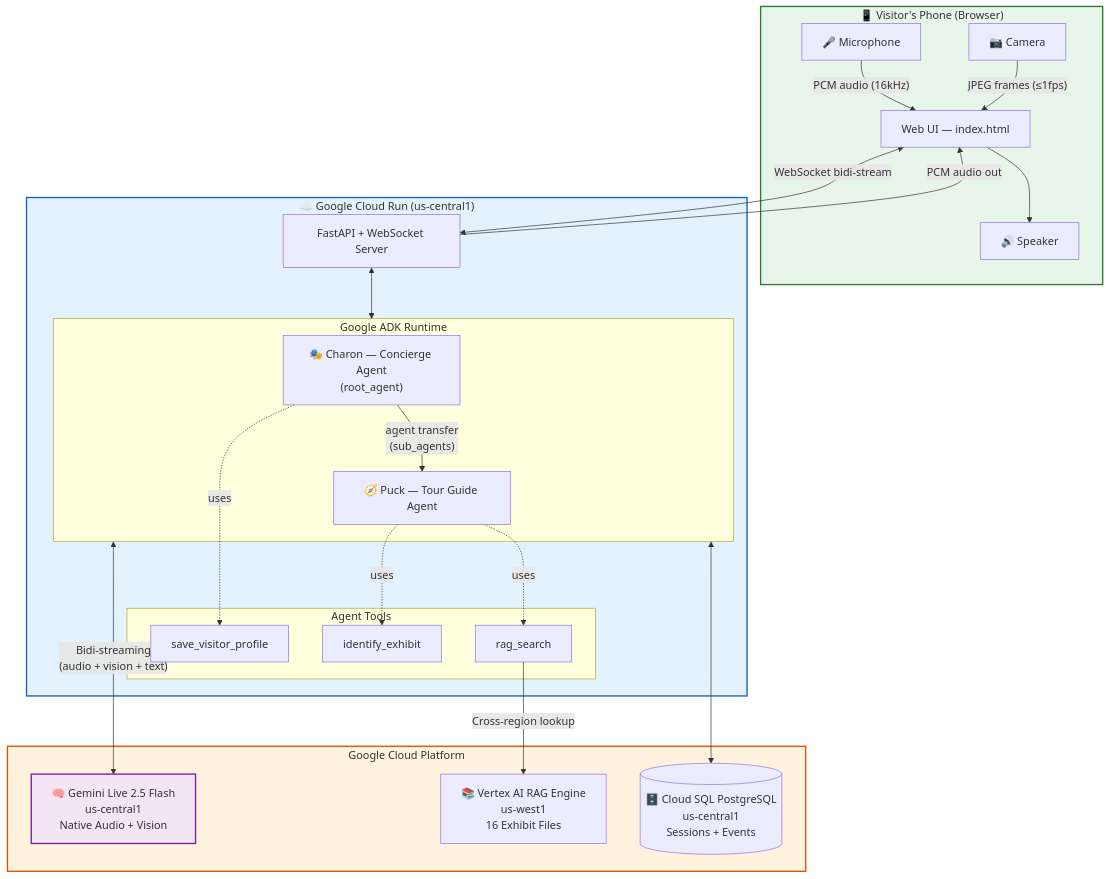
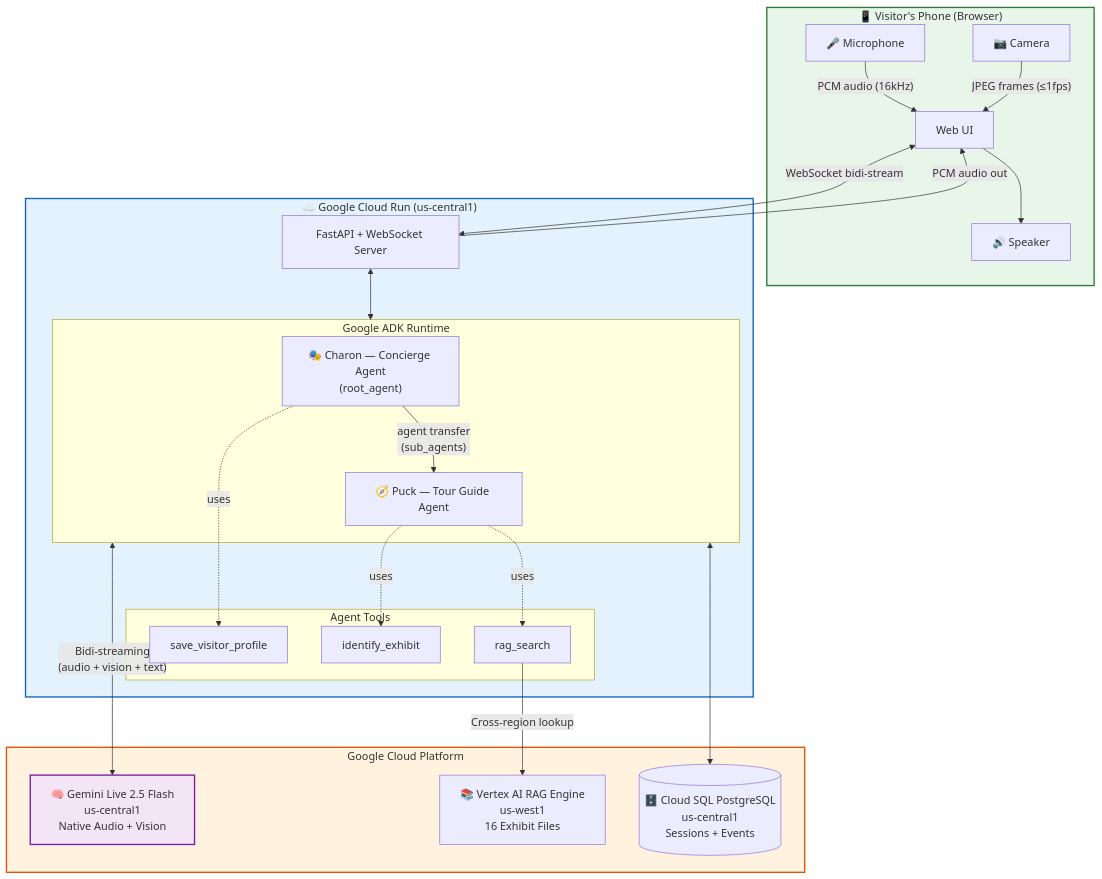
Before and after one commit to casspapa/MyPocketGuide: the first of 2 diagrams in README.md, drawn with Mermaid. The commit also changed other lines of this file and 1 other file, not shown here.

````diff
--- a/README.md
+++ b/README.md
@@ -69,49 +62,49 @@
 ```mermaid
 flowchart TB
     subgraph VISITOR["📱 Visitor's Phone (Browser)"]
         MIC[🎤 Microphone]
         CAM[📷 Camera]
         SPEAKER[🔊 Speaker]
-        UI[Web UI — index.html]
+        UI[Web UI]
     end
 
     subgraph GCR["☁️ Google Cloud Run (us-central1)"]
         FASTAPI[FastAPI + WebSocket Server]
         
         subgraph ADK["Google ADK Runtime"]
             CONCIERGE["🎭 Charon — Concierge Agent\n(root_agent)"]
             TOURGUIDE[🧭 Puck — Tour Guide Agent]
         end
         
         subgraph TOOLS["Agent Tools"]
             PROFILE[save_visitor_profile]
             IDENTIFY[identify_exhibit]
             RAGTOOL[rag_search]
         end
     end
 
     subgraph GCP["Google Cloud Platform"]
         GEMINI[🧠 Gemini Live 2.5 Flash\nus-central1\nNative Audio + Vision]
         RAG[📚 Vertex AI RAG Engine\nus-west1\n16 Exhibit Files]
         CLOUDSQL[(🗄️ Cloud SQL PostgreSQL\nus-central1\nSessions + Events)]
     end
 
     MIC -- "PCM audio (16kHz)" --> UI
     CAM -- "JPEG frames (≤1fps)" --> UI
     UI <-- "WebSocket bidi-stream" --> FASTAPI
     FASTAPI <--> ADK
     CONCIERGE -- "agent transfer\n(sub_agents)" --> TOURGUIDE
     CONCIERGE -. uses .-> PROFILE
     TOURGUIDE -. uses .-> IDENTIFY
     TOURGUIDE -. uses .-> RAGTOOL
     ADK <-- "Bidi-streaming\n(audio + vision + text)" --> GEMINI
     RAGTOOL -- "Cross-region lookup" --> RAG
     ADK <--> CLOUDSQL
     FASTAPI -- "PCM audio out" --> UI
     UI --> SPEAKER
 
     style VISITOR fill:#E8F5E9,stroke:#2E7D32,stroke-width:2px
     style GCR fill:#E3F2FD,stroke:#1565C0,stroke-width:2px
     style GCP fill:#FFF3E0,stroke:#E65100,stroke-width:2px
     style GEMINI fill:#F3E5F5,stroke:#7B1FA2,stroke-width:2px
 ```
````
